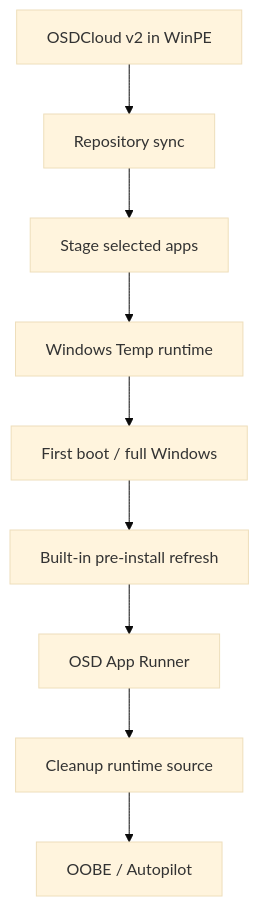
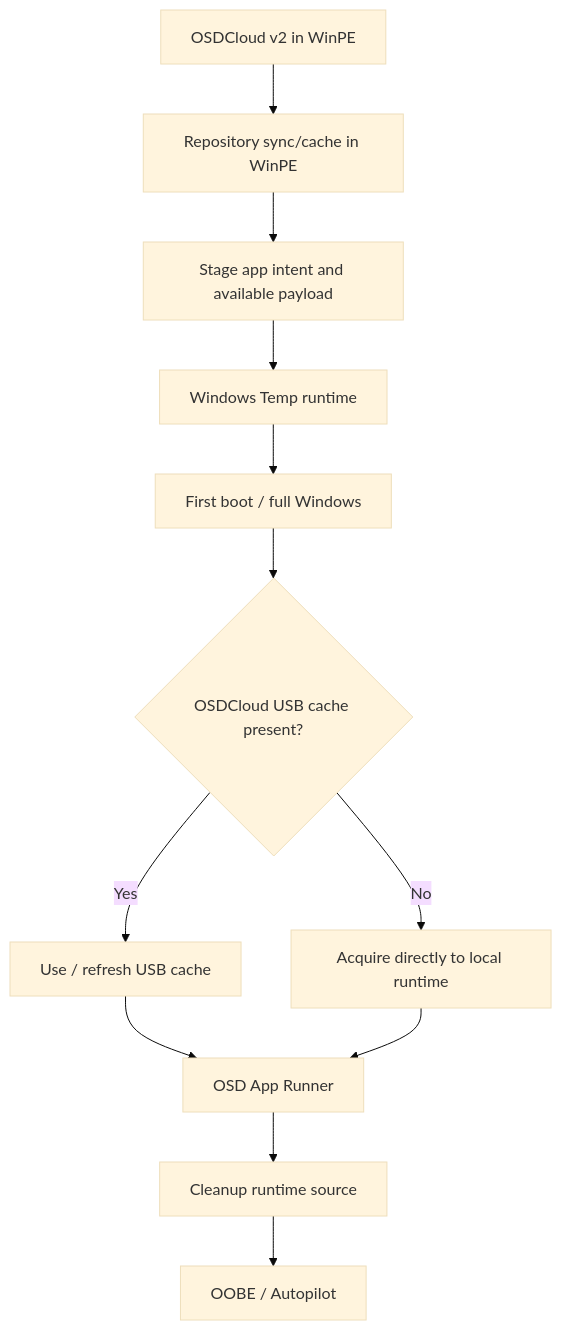
Before and after one commit to roryvossepoel/OSDAppClient: the diagram in docs/architecture.md, drawn with Mermaid (base theme). The commit also changed other lines of this file, not shown here.

Commit message:
Document source resolver and blank-cache architecture

````diff
--- a/docs/architecture.md
+++ b/docs/architecture.md
@@ -7,14 +7,19 @@
 ```mermaid
 flowchart TB
     A[OSDCloud v2 in WinPE]
-    B[Repository sync]
-    C[Stage selected apps]
+    B[Repository sync/cache in WinPE]
+    C[Stage app intent and available payload]
     D[Windows Temp runtime]
     E[First boot / full Windows]
-    F[Built-in pre-install refresh]
-    G[OSD App Runner]
-    H[Cleanup runtime source]
-    I[OOBE / Autopilot]
+    F{OSDCloud USB cache present?}
+    G[Use / refresh USB cache]
+    H[Acquire directly to local runtime]
+    I[OSD App Runner]
+    J[Cleanup runtime source]
+    K[OOBE / Autopilot]
 
-    A --> B --> C --> D --> E --> F --> G --> H --> I
+    A --> B --> C --> D --> E --> F
+    F -->|Yes| G --> I
+    F -->|No| H --> I
+    I --> J --> K
 ```
````
